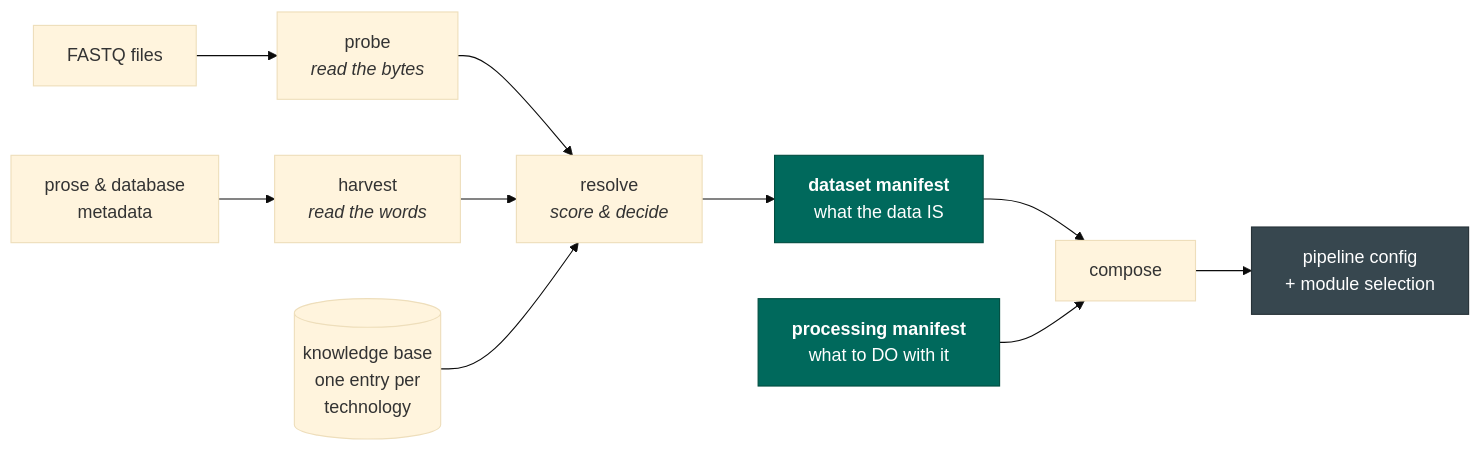
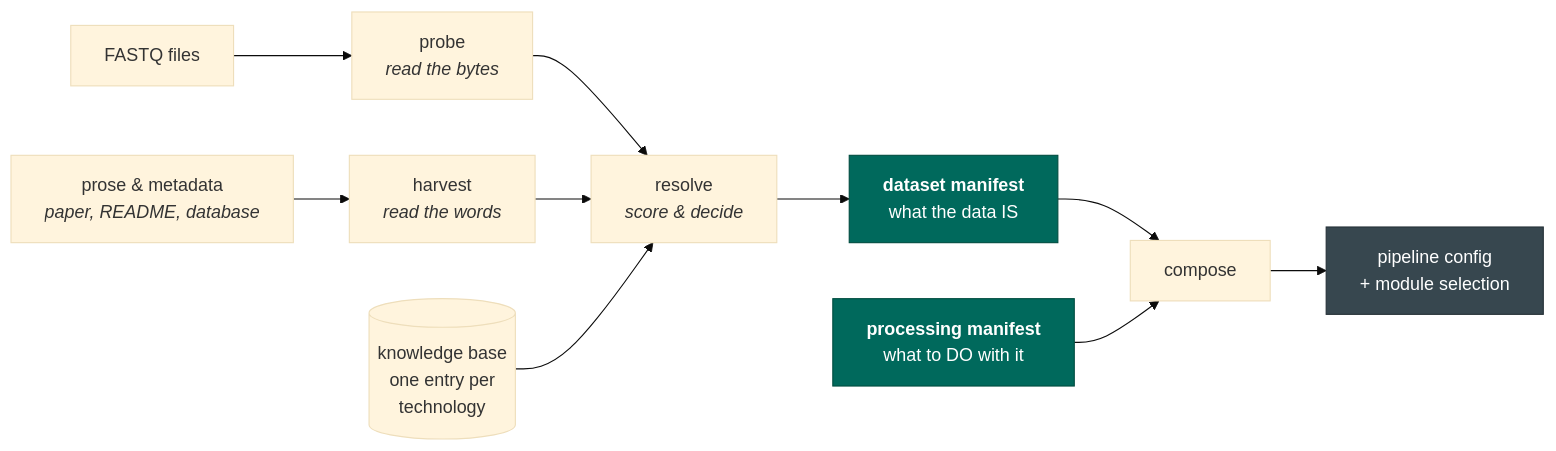
The diagram in docs/index.md (liuhlab/seqforge), drawn with Mermaid (base theme) before and after one commit. The commit also changed other lines of this file and 1 other file, not shown here.

````diff
--- a/docs/index.md
+++ b/docs/index.md
@@ -24,23 +36,23 @@
 ```mermaid
 flowchart LR
     F["FASTQ files"] --> P["probe<br/><i>read the bytes</i>"]
-    M["prose &amp; database<br/>metadata"] --> H["harvest<br/><i>read the words</i>"]
+    M["prose &amp; metadata<br/><i>paper, README, database</i>"] --> H["harvest<br/><i>read the words</i>"]
     P --> R["resolve<br/><i>score &amp; decide</i>"]
     H --> R
     KB[("knowledge base<br/>one entry per<br/>technology")] --> R
     R --> D["<span style='color:#fff'><b>dataset manifest</b><br/>what the data IS</span>"]
     D --> C["compose"]
     RECIPE["<span style='color:#fff'><b>processing manifest</b><br/>what to DO with it</span>"] --> C
     C --> OUT["<span style='color:#fff'>pipeline config<br/>+ module selection</span>"]
 
     %% The white <span> on every dark-filled label is load-bearing, not decoration. Do not
     %% replace it with `color:#fff` in the classDef below: mkdocs-material renders each diagram
     %% into a *closed* shadow root and styles the label's inner <p> directly, so a classDef
     %% colour lands on the wrapping element and loses to it — the text renders dark-on-dark.
     %% An inline colour on the text itself is the only thing that wins. Same for every dark
     %% node on this site.
     classDef artifact fill:#00695c,stroke:#004d40
     classDef output fill:#37474f,stroke:#263238
     class D,RECIPE artifact
     class OUT output
 ```
````
